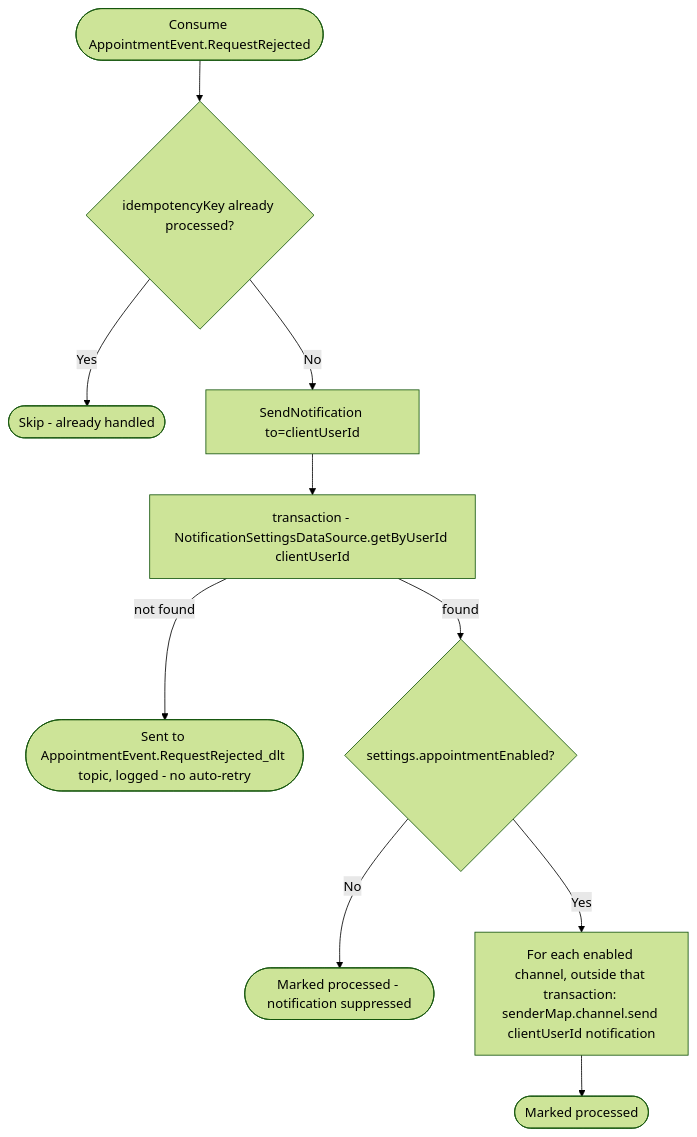
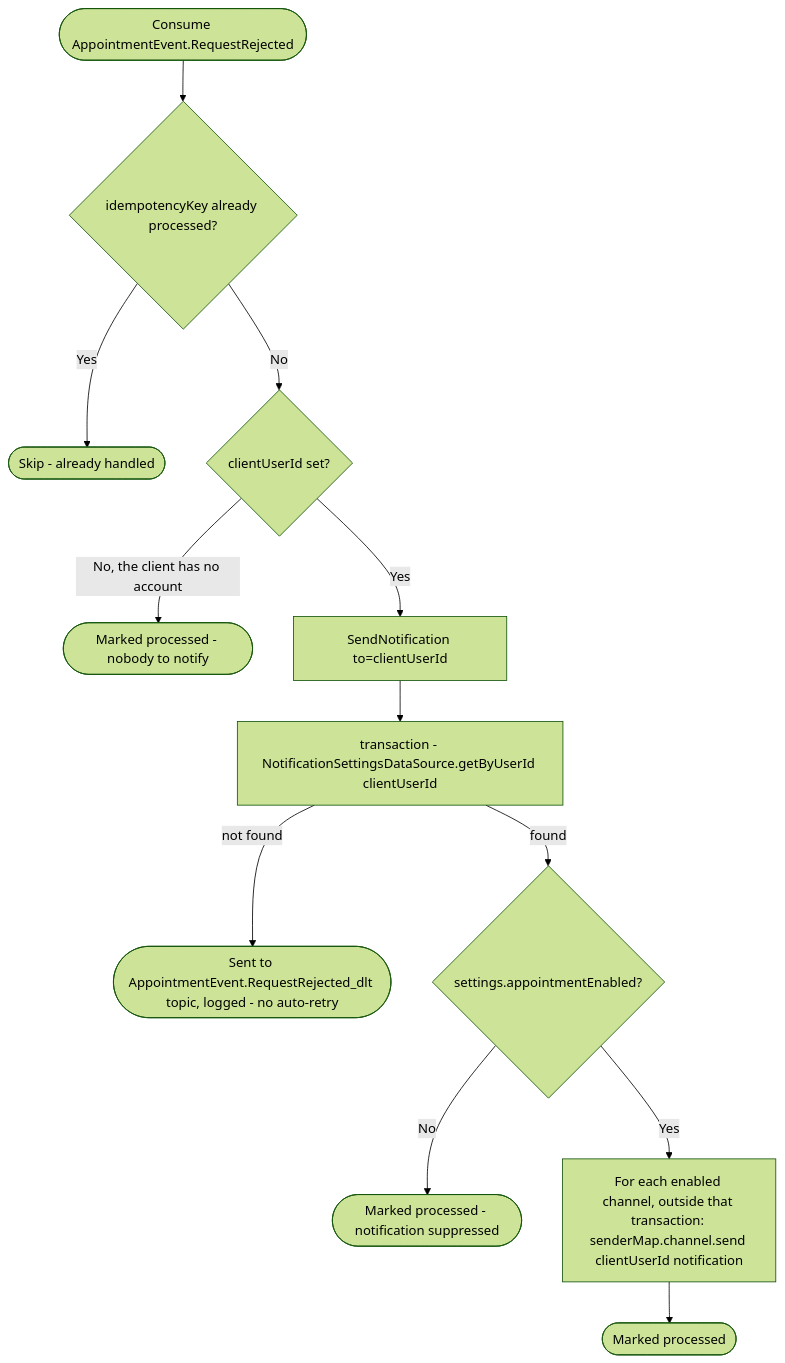
The diagram in docs/operations/notifications/on-appointment-request-rejected.md (nocturneproperties/bookkme), drawn with Mermaid (forest theme) before and after one commit. The commit also changed 90 other files, not shown here.

````diff
--- a/docs/operations/notifications/on-appointment-request-rejected.md
+++ b/docs/operations/notifications/on-appointment-request-rejected.md
@@ -8,12 +8,14 @@
 ```mermaid
 flowchart TD
     Start([Consume AppointmentEvent.RequestRejected]) --> Dedup{idempotencyKey already processed?}
     Dedup -- Yes --> Skip([Skip - already handled])
-    Dedup -- No --> Send[SendNotification to=clientUserId]
+    Dedup -- No --> HasAccount{clientUserId set?}
+    HasAccount -- "No, the client has no account" --> NoOne([Marked processed - nobody to notify])
+    HasAccount -- Yes --> Send[SendNotification to=clientUserId]
     Send --> GetSettings[transaction - NotificationSettingsDataSource.getByUserId clientUserId]
     GetSettings -- not found --> Dlt([Sent to AppointmentEvent.RequestRejected_dlt topic, logged - no auto-retry])
     GetSettings -- found --> TypeAllowed{settings.appointmentEnabled?}
     TypeAllowed -- No --> Ack([Marked processed - notification suppressed])
     TypeAllowed -- Yes --> Channels[For each enabled channel, outside that transaction: senderMap.channel.send clientUserId notification]
     Channels --> Ack2([Marked processed])
 ```
````
